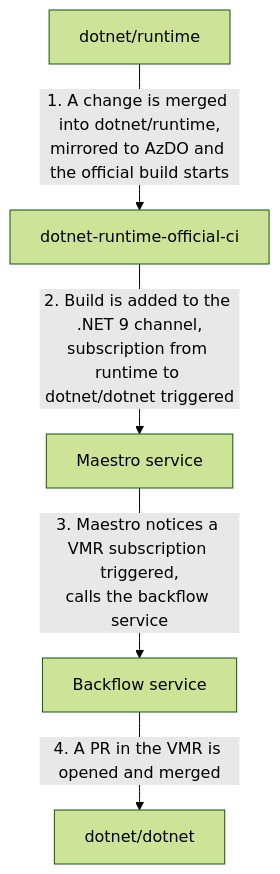
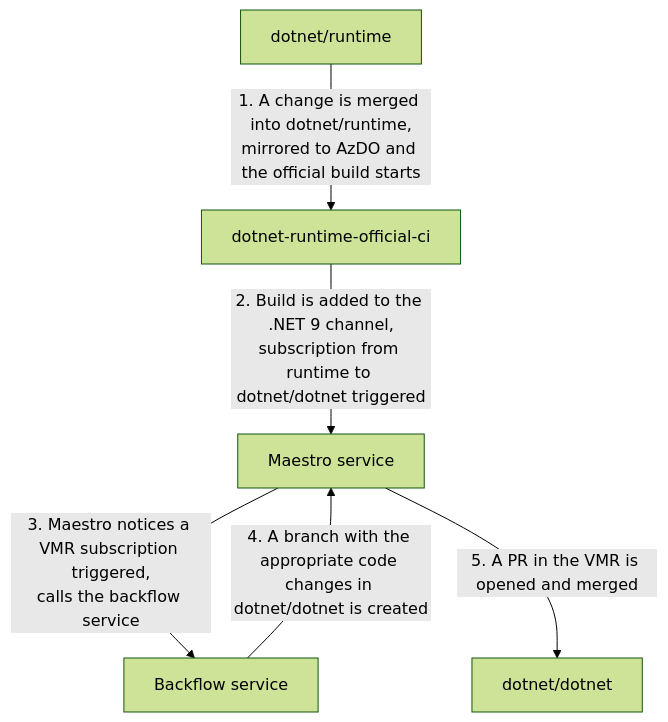
The first of 7 diagrams in Documentation/UnifiedBuild/Full-Code-Flow.md (dotnet/arcade), drawn with Mermaid (forest theme) before and after one commit. The commit also changed other lines of this file, not shown here.

Commit message:
Fix high-level flow

````diff
--- a/Documentation/UnifiedBuild/Full-Code-Flow.md
+++ b/Documentation/UnifiedBuild/Full-Code-Flow.md
@@ -27,13 +27,14 @@
 ```mermaid
 flowchart TD
     runtime[dotnet/runtime]
     runtimeCI[dotnet-runtime-official-ci]
     maestro[Maestro service]
     backflow[Backflow service]
     vmr[dotnet/dotnet]
 
     runtime--1. A change is merged into dotnet/runtime,\nmirrored to AzDO and the official build starts-->runtimeCI
     runtimeCI--2. Build is added to the .NET 9 channel,\nsubscription from runtime to dotnet/dotnet triggered-->maestro
     maestro--3. Maestro notices a VMR subscription triggered,\ncalls the backflow service-->backflow
-    backflow--4. A PR in the VMR is opened and merged-->vmr
+    backflow--4. A branch with the appropriate code changes in dotnet/dotnet is created-->maestro
+    maestro--5. A PR in the VMR is opened and merged-->vmr
 ```
````
